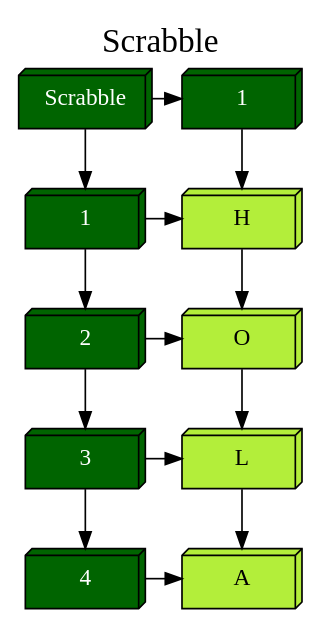
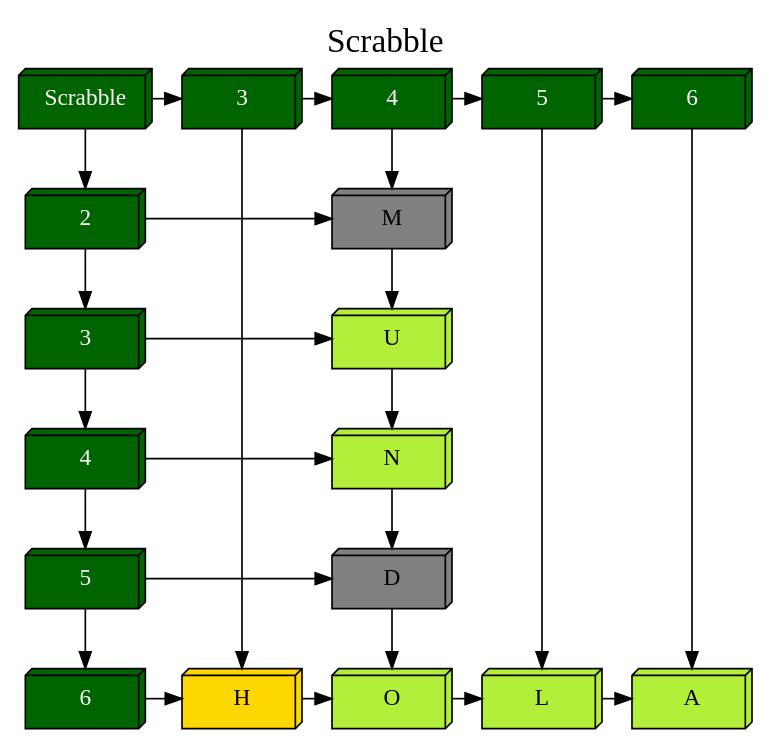
The diagram in EDD_1S2020_PY1_201801237/ScrabbleMD.dot (JoseMorente98/EDD-Proyecto-1), drawn with Graphviz before and after one commit. The commit also changed 36 other files, not shown here.

```diff
--- a/EDD_1S2020_PY1_201801237/ScrabbleMD.dot
+++ b/EDD_1S2020_PY1_201801237/ScrabbleMD.dot
@@ -1,31 +1,52 @@
 digraph ScrabbleMD {
 	node[shape = box3d]
 	ObjectRoot[label="Scrabble", width=1,  fontcolor=white, fillcolor=darkgreen, style=filled,  group = 1 ];
-	graph[label="Scrabble", labelloc = t, fontsize = 20];	ObjectX2 [label="1"width=1,  fontcolor=white, fillcolor=darkgreen, style=filled,  group =2];
+	graph[label="Scrabble", labelloc = t, fontsize = 20];	ObjectX2 [label="3" width=1,  fontcolor=white, fillcolor=darkgreen, style=filled,  group =2];
+	ObjectX5 [label="4" width=1,  fontcolor=white, fillcolor=darkgreen, style=filled,  group =5];
+	ObjectX7 [label="5" width=1,  fontcolor=white, fillcolor=darkgreen, style=filled,  group =7];
+	ObjectX9 [label="6"width=1,  fontcolor=white, fillcolor=darkgreen, style=filled,  group =9];
+	ObjectY11->ObjectY12[constraint=false];
+	ObjectY13->ObjectY14[constraint=false];
+	ObjectY15->ObjectY16[constraint=false];
+	ObjectY17->ObjectY18[constraint=false];
 	ObjectY3->ObjectY4[constraint=false];
-	ObjectY5->ObjectY6[constraint=false];
-	ObjectY7->ObjectY8[constraint=false];
-	ObjectY9->ObjectY10[constraint=false];
-	ObjectY3 [label="1" width=1,  fontcolor=white, fillcolor=darkgreen, style=filled,  group=1  ];
-	ObjectY5 [label="2" width=1,  fontcolor=white, fillcolor=darkgreen, style=filled,  group=1  ];
-	ObjectY7 [label="3" width=1,  fontcolor=white, fillcolor=darkgreen, style=filled,  group=1  ];
-	ObjectY9 [label="4"width=1,  fontcolor=white, fillcolor=darkgreen, style=filled,  group=1  ];
+	ObjectY4->ObjectY6[constraint=false];
+	ObjectY6->ObjectY8[constraint=false];
+	ObjectY8->ObjectY10[constraint=false];
+	ObjectY11 [label="2" width=1,  fontcolor=white, fillcolor=darkgreen, style=filled,  group=1  ];
+	ObjectY13 [label="3" width=1,  fontcolor=white, fillcolor=darkgreen, style=filled,  group=1  ];
+	ObjectY15 [label="4" width=1,  fontcolor=white, fillcolor=darkgreen, style=filled,  group=1  ];
+	ObjectY17 [label="5" width=1,  fontcolor=white, fillcolor=darkgreen, style=filled,  group=1  ];
+	ObjectY3 [label="6"width=1,  fontcolor=white, fillcolor=darkgreen, style=filled,  group=1  ];
 	ObjectX2->ObjectY4
-	ObjectY4->ObjectY6;
-	ObjectY6->ObjectY8;
-	ObjectY8->ObjectY10;
+	ObjectX5->ObjectY12
+	ObjectY12->ObjectY14;
+	ObjectY14->ObjectY16;
+	ObjectY16->ObjectY18;
+	ObjectY18->ObjectY6;
+	ObjectX7->ObjectY8
+	ObjectX9->ObjectY10
 	ObjectRoot->ObjectX2;
-	ObjectRoot->ObjectY3;
-	ObjectY3->ObjectY5;
-	ObjectY5->ObjectY7;
-	ObjectY7->ObjectY9;
-	{ rank = same; ObjectRoot; 		ObjectX2}
-	ObjectY4[label="H" width = 1, style = filled, fillcolor = olivedrab2, group = 2];
-	ObjectY6[label="O" width = 1, style = filled, fillcolor = olivedrab2, group = 2];
-	ObjectY8[label="L" width = 1, style = filled, fillcolor = olivedrab2, group = 2];
-	ObjectY10[label="A" width = 1, style = filled, fillcolor = olivedrab2, group = 2];
-	{rank= same; 		ObjectY3;		ObjectY4}
-	{rank=same;		ObjectY5;		ObjectY6}
-	{rank=same;		ObjectY7;		ObjectY8}
-	{rank=same;		ObjectY9;		ObjectY10}
+	ObjectX2->ObjectX5;
+	ObjectX5->ObjectX7;
+	ObjectX7->ObjectX9;
+	ObjectRoot->ObjectY11;
+	ObjectY11->ObjectY13;
+	ObjectY13->ObjectY15;
+	ObjectY15->ObjectY17;
+	ObjectY17->ObjectY3;
+	{ rank = same; ObjectRoot; 		ObjectX2; 		ObjectX5; 		ObjectX7; 		ObjectX9}
+	ObjectY12[label="M" width = 1, style = filled, fillcolor = gray, group = 5];
+	ObjectY14[label="U" width = 1, style = filled, fillcolor = olivedrab2, group = 5];
+	ObjectY16[label="N" width = 1, style = filled, fillcolor = olivedrab2, group = 5];
+	ObjectY18[label="D" width = 1, style = filled, fillcolor = gray, group = 5];
+	ObjectY4[label="H" width = 1, style = filled, fillcolor = gold, group = 2];
+	ObjectY6[label="O" width = 1, style = filled, fillcolor = olivedrab2, group = 5];
+	ObjectY8[label="L" width = 1, style = filled, fillcolor = olivedrab2, group = 7];
+	ObjectY10[label="A" width = 1, style = filled, fillcolor = olivedrab2, group = 9];
+	{rank= same; 		ObjectY11;		ObjectY12}
+	{rank=same;		ObjectY13;		ObjectY14}
+	{rank=same;		ObjectY15;		ObjectY16}
+	{rank=same;		ObjectY17;		ObjectY18}
+	{rank=same;		ObjectY3;		ObjectY4;		ObjectY6;		ObjectY8;		ObjectY10}
 }
```
